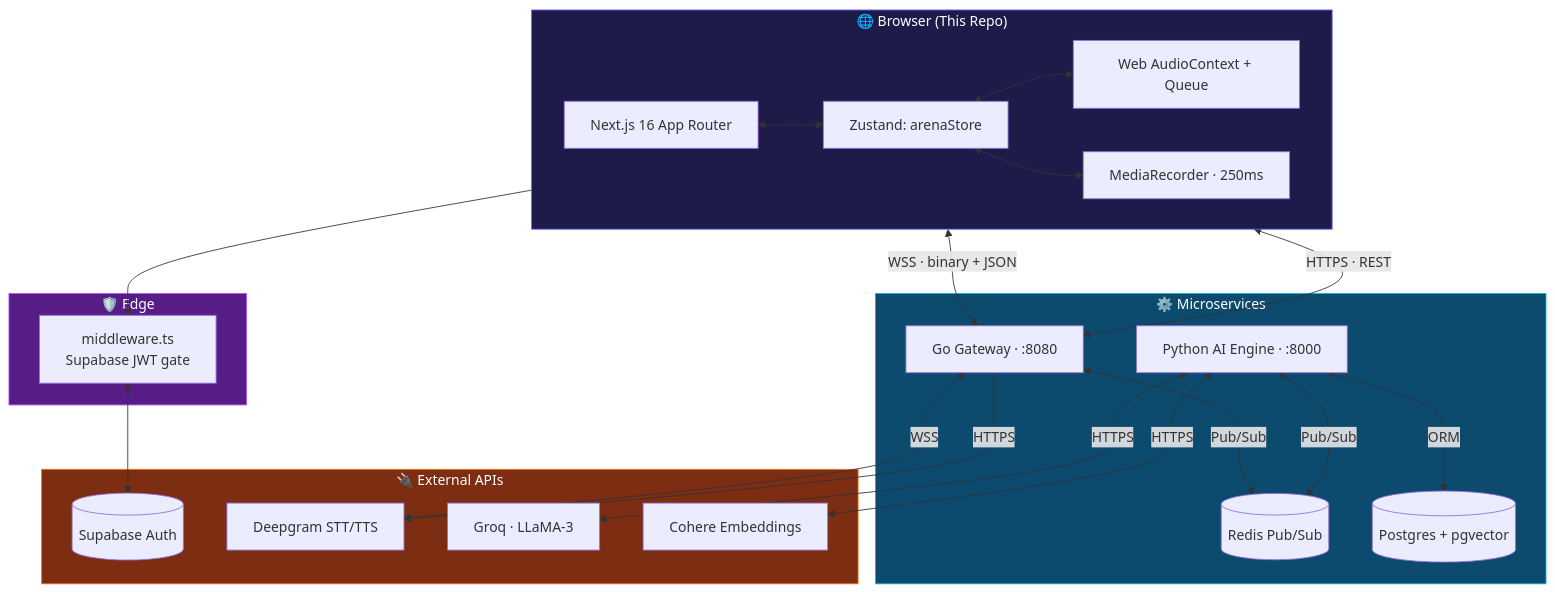
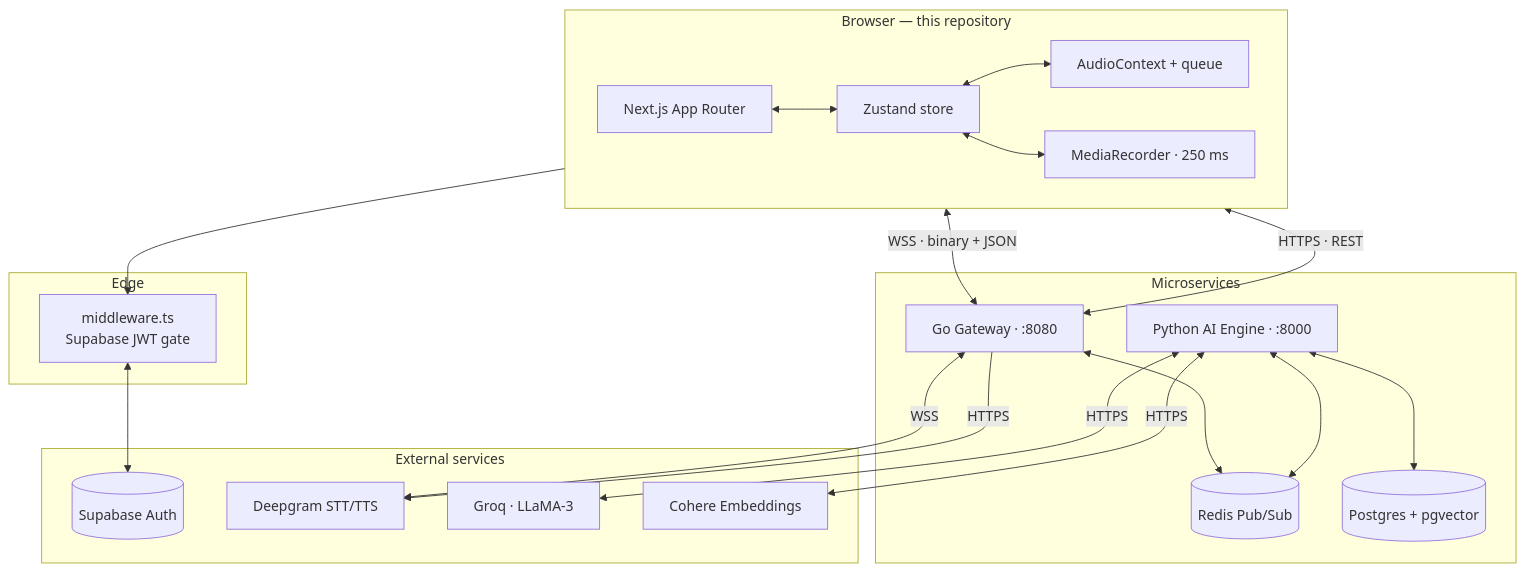
Before and after one commit to Mahakisore7/Agora-Frontend: the first of 4 diagrams in README.md, drawn with Mermaid. The commit also changed other lines of this file, not shown here.

````diff
--- a/README.md
+++ b/README.md
@@ -138,47 +144,42 @@
 ```mermaid
 graph TD
-    subgraph Browser["🌐 Browser (This Repo)"]
-        UI[Next.js 16 App Router]
-        Z[Zustand: arenaStore]
-        AC[Web AudioContext + Queue]
-        MR[MediaRecorder · 250ms]
+    subgraph Browser["Browser — this repository"]
+        UI[Next.js App Router]
+        Z[Zustand store]
+        AC[AudioContext + queue]
+        MR[MediaRecorder · 250 ms]
         UI <--> Z
         Z <--> AC
         Z <--> MR
     end
 
-    subgraph Edge["🛡️ Edge"]
+    subgraph Edge["Edge"]
         MW[middleware.ts<br/>Supabase JWT gate]
     end
 
-    subgraph Backend["⚙️ Microservices"]
+    subgraph Backend["Microservices"]
         GW[Go Gateway · :8080]
         AI[Python AI Engine · :8000]
         REDIS[(Redis Pub/Sub)]
         DB[(Postgres + pgvector)]
-        GW <-->|Pub/Sub| REDIS
-        AI <-->|Pub/Sub| REDIS
-        AI <-->|ORM| DB
+        GW <--> REDIS
+        AI <--> REDIS
+        AI <--> DB
     end
 
-    subgraph External["🔌 External APIs"]
+    subgraph External["External services"]
         SB[(Supabase Auth)]
         DG[Deepgram STT/TTS]
         GROQ[Groq · LLaMA-3]
         COH[Cohere Embeddings]
     end
 
     Browser <-->|WSS · binary + JSON| GW
     Browser <-->|HTTPS · REST| GW
     Browser --> MW
     MW <--> SB
     GW <-->|WSS| DG
     GW -->|HTTPS| DG
     AI <-->|HTTPS| GROQ
     AI <-->|HTTPS| COH
-
-    style Browser fill:#1e1b4b,stroke:#6366f1,color:#fff
-    style Edge fill:#581c87,stroke:#a855f7,color:#fff
-    style Backend fill:#0c4a6e,stroke:#06b6d4,color:#fff
-    style External fill:#7c2d12,stroke:#f97316,color:#fff
 ```
````
